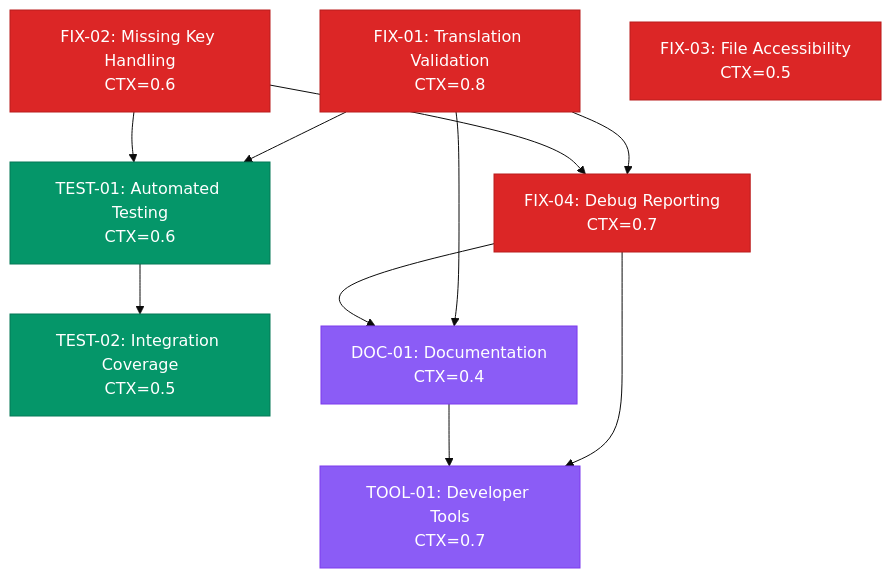
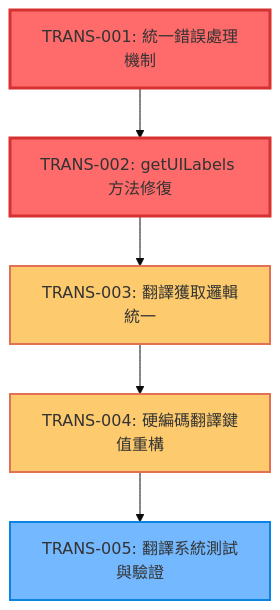
One commit to iim0663418/DB-Card changed the diagram in docs/tasks.md. Above: the diagram before and after it, drawn with Mermaid (base theme). The commit also changed other lines of this file and 319 other files, not shown here.

````diff
--- a/docs/tasks.md
+++ b/docs/tasks.md
@@ -81,32 +92,15 @@
 ```mermaid
 graph TD
-    FIX01[FIX-01: Translation Validation<br/>CTX=0.8] 
-    FIX02[FIX-02: Missing Key Handling<br/>CTX=0.6]
-    FIX03[FIX-03: File Accessibility<br/>CTX=0.5]
-    FIX04[FIX-04: Debug Reporting<br/>CTX=0.7]
+    TRANS-001[TRANS-001: 統一錯誤處理機制] --> TRANS-002[TRANS-002: getUILabels 方法修復]
+    TRANS-002 --> TRANS-003[TRANS-003: 翻譯獲取邏輯統一]
+    TRANS-003 --> TRANS-004[TRANS-004: 硬編碼翻譯鍵值重構]
+    TRANS-004 --> TRANS-005[TRANS-005: 翻譯系統測試與驗證]
     
-    TEST01[TEST-01: Automated Testing<br/>CTX=0.6]
-    TEST02[TEST-02: Integration Coverage<br/>CTX=0.5]
+    classDef critical fill:#ff6b6b,stroke:#d63031,stroke-width:3px
+    classDef high fill:#fdcb6e,stroke:#e17055,stroke-width:2px
+    classDef medium fill:#74b9ff,stroke:#0984e3,stroke-width:2px
     
-    DOC01[DOC-01: Documentation<br/>CTX=0.4]
-    TOOL01[TOOL-01: Developer Tools<br/>CTX=0.7]
-    
-    FIX01 --> FIX04
-    FIX02 --> FIX04
-    FIX01 --> TEST01
-    FIX02 --> TEST01
-    TEST01 --> TEST02
-    
-    FIX01 --> DOC01
-    FIX04 --> DOC01
-    FIX04 --> TOOL01
-    DOC01 --> TOOL01
-    
-    classDef fix fill:#dc2626,stroke:#b91c1c,color:#fff
-    classDef test fill:#059669,stroke:#047857,color:#fff  
-    classDef doc fill:#8b5cf6,stroke:#7c3aed,color:#fff
-    
-    class FIX01,FIX02,FIX03,FIX04 fix
-    class TEST01,TEST02 test
-    class DOC01,TOOL01 doc
+    class TRANS-001,TRANS-002 critical
+    class TRANS-003,TRANS-004 high
+    class TRANS-005 medium
 ```
````
